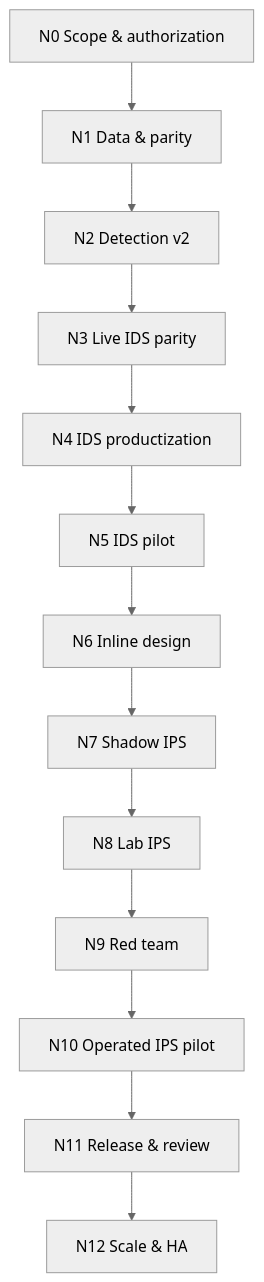
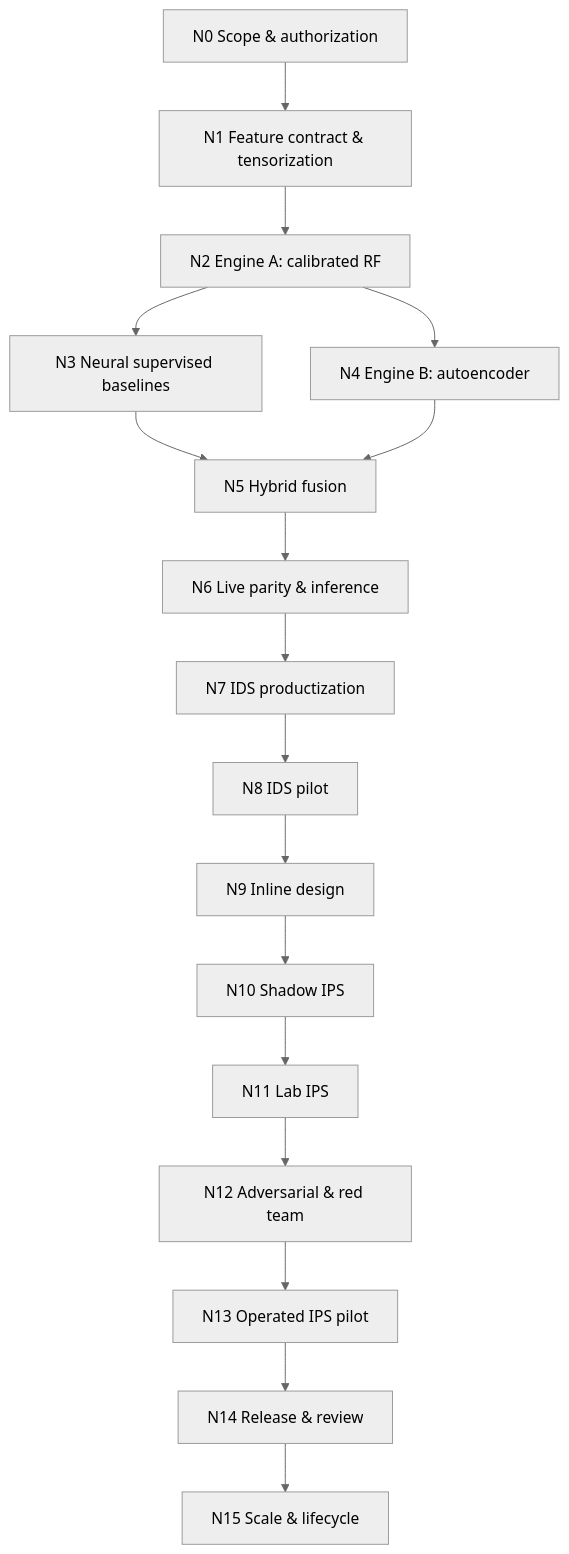
Before and after one commit to coderv1304/network-anomaly-detection: the fourth of 4 diagrams in docs/IDS_IPS_ROADMAP.md, drawn with Mermaid (neutral theme). The commit also changed other lines of this file and 7 other files, not shown here.

First line of the commit message:
feat: add scoped P2B comparison and neural hybrid roadmap

````diff
--- a/docs/IDS_IPS_ROADMAP.md
+++ b/docs/IDS_IPS_ROADMAP.md
@@ -676,15 +732,19 @@
 ```mermaid
 flowchart TD
-    N0[N0 Scope & authorization] --> N1[N1 Data & parity]
-    N1 --> N2[N2 Detection v2]
-    N2 --> N3[N3 Live IDS parity]
-    N3 --> N4[N4 IDS productization]
-    N4 --> N5[N5 IDS pilot]
-    N5 --> N6[N6 Inline design]
-    N6 --> N7[N7 Shadow IPS]
-    N7 --> N8[N8 Lab IPS]
-    N8 --> N9[N9 Red team]
-    N9 --> N10[N10 Operated IPS pilot]
-    N10 --> N11[N11 Release & review]
-    N11 --> N12[N12 Scale & HA]
+    N0[N0 Scope & authorization] --> N1[N1 Feature contract & tensorization]
+    N1 --> N2[N2 Engine A: calibrated RF]
+    N2 --> N3[N3 Neural supervised baselines]
+    N2 --> N4[N4 Engine B: autoencoder]
+    N3 --> N5[N5 Hybrid fusion]
+    N4 --> N5
+    N5 --> N6[N6 Live parity & inference]
+    N6 --> N7[N7 IDS productization]
+    N7 --> N8[N8 IDS pilot]
+    N8 --> N9[N9 Inline design]
+    N9 --> N10[N10 Shadow IPS]
+    N10 --> N11[N11 Lab IPS]
+    N11 --> N12[N12 Adversarial & red team]
+    N12 --> N13[N13 Operated IPS pilot]
+    N13 --> N14[N14 Release & review]
+    N14 --> N15[N15 Scale & lifecycle]
 ```
````
